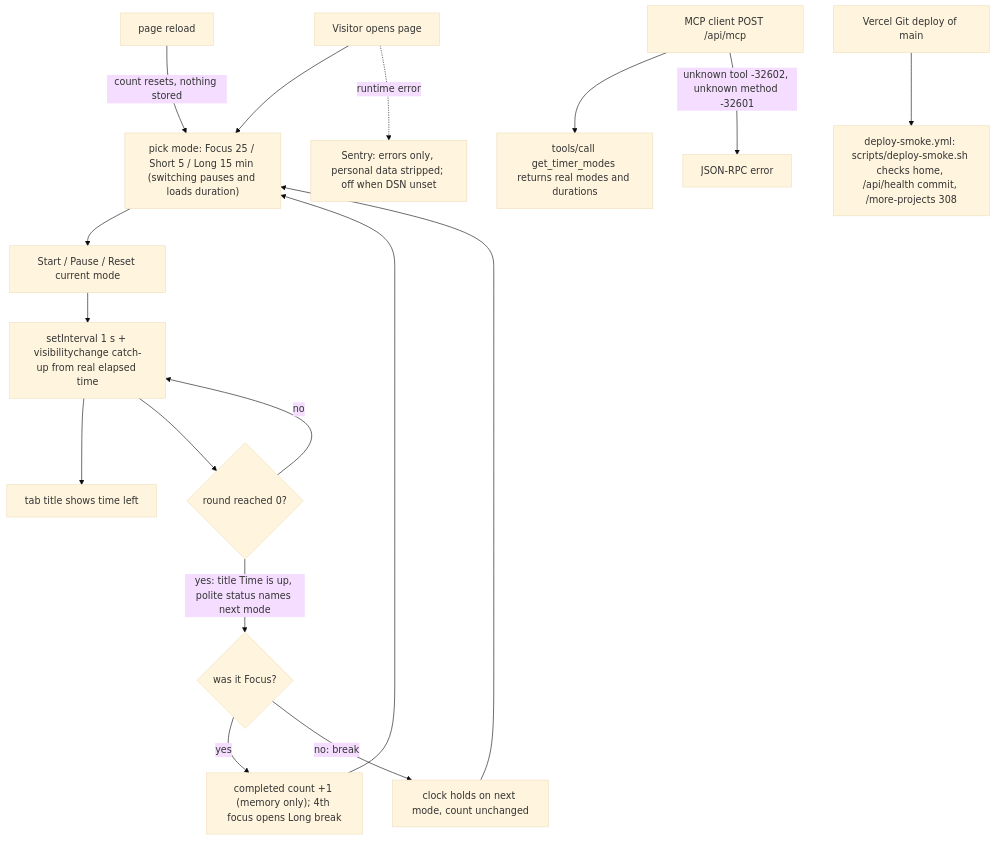
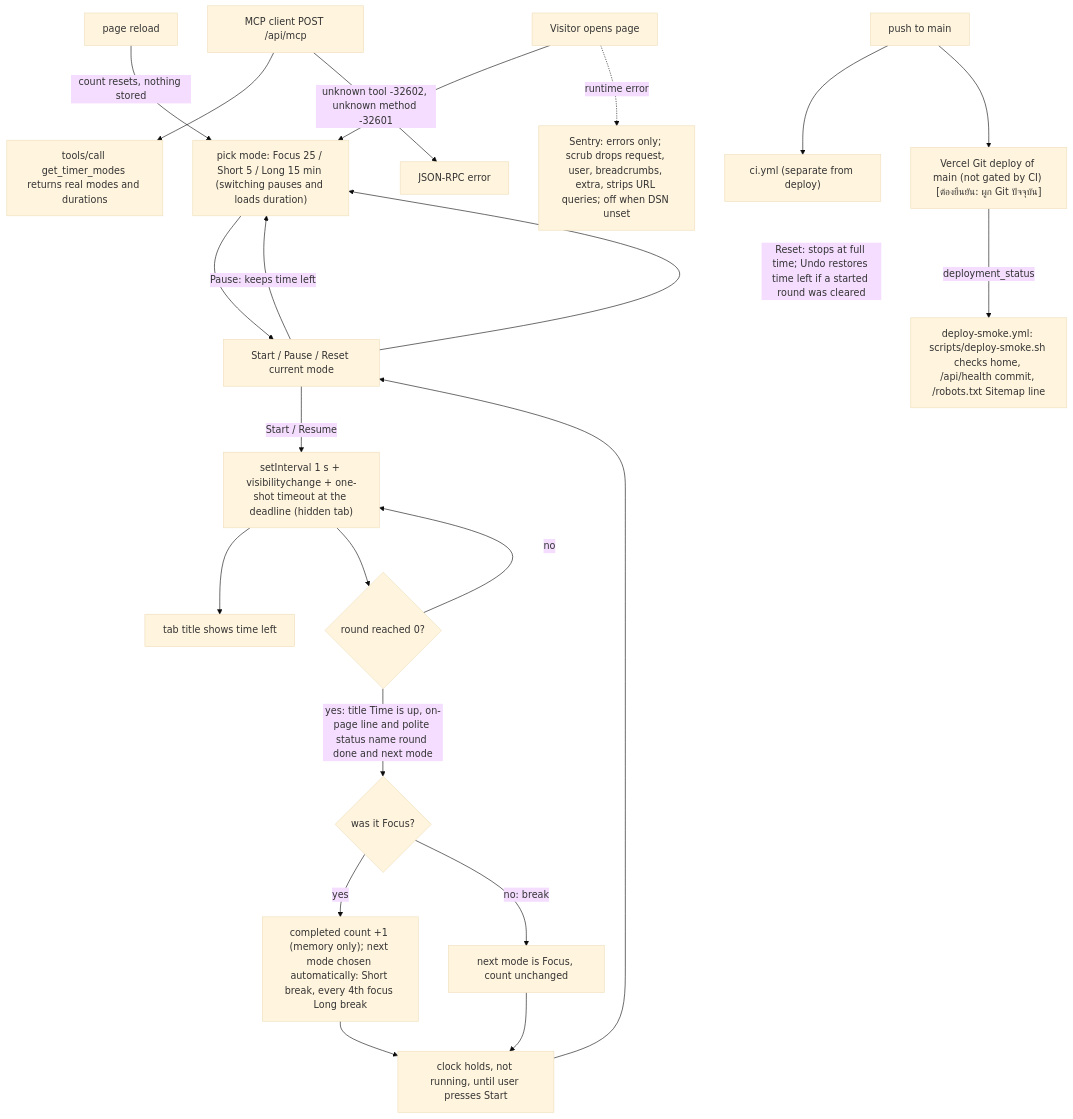
The diagram in docs/diagrams/01-business-process.md (bookchaowalit-website/productivity-pomodoro-timer-web), drawn with Mermaid (base theme) before and after one commit. The commit also changed other lines of this file, not shown here.

Commit message:
docs: correct As-Is/To-Be facts from review (01-business-process)

````diff
--- a/docs/diagrams/01-business-process.md
+++ b/docs/diagrams/01-business-process.md
@@ -9,19 +9,24 @@
 ```mermaid
 flowchart TD
   V["Visitor opens page"] --> MODE["pick mode: Focus 25 / Short 5 / Long 15 min (switching pauses and loads duration)"]
   MODE --> CTRL["Start / Pause / Reset current mode"]
-  CTRL --> TICK["setInterval 1 s + visibilitychange catch-up from real elapsed time"]
+  CTRL -->|"Start / Resume"| TICK["setInterval 1 s + visibilitychange + one-shot timeout at the deadline (hidden tab)"]
+  CTRL -->|"Pause: keeps time left"| MODE
+  CTRL -->|"Reset: stops at full time; Undo restores time left if a started round was cleared"| MODE
   TICK --> TITLE["tab title shows time left"]
   TICK --> END{"round reached 0?"}
   END -->|no| TICK
-  END -->|"yes: title Time is up, polite status names next mode"| NEXT{"was it Focus?"}
-  NEXT -->|yes| COUNT["completed count +1 (memory only); 4th focus opens Long break"]
-  NEXT -->|"no: break"| HOLD["clock holds on next mode, count unchanged"]
-  COUNT --> MODE
-  HOLD --> MODE
+  END -->|"yes: title Time is up, on-page line and polite status name round done and next mode"| NEXT{"was it Focus?"}
+  NEXT -->|yes| COUNT["completed count +1 (memory only); next mode chosen automatically: Short break, every 4th focus Long break"]
+  NEXT -->|"no: break"| HOLD["next mode is Focus, count unchanged"]
+  COUNT --> READY["clock holds, not running, until user presses Start"]
+  HOLD --> READY
+  READY --> CTRL
   RELOAD["page reload"] -->|"count resets, nothing stored"| MODE
   AGENT["MCP client POST /api/mcp"] --> TOOL["tools/call get_timer_modes returns real modes and durations"]
   AGENT -->|"unknown tool -32602, unknown method -32601"| ERR["JSON-RPC error"]
-  VERCEL["Vercel Git deploy of main"] --> SMOKE["deploy-smoke.yml: scripts/deploy-smoke.sh checks home, /api/health commit, /more-projects 308"]
-  V -.->|"runtime error"| SENTRY["Sentry: errors only, personal data stripped; off when DSN unset"]
+  PUSH["push to main"] --> CI["ci.yml (separate from deploy)"]
+  PUSH --> VERCEL["Vercel Git deploy of main (not gated by CI) [ต้องยืนยัน: ผูก Git ปัจจุบัน]"]
+  VERCEL -->|"deployment_status"| SMOKE["deploy-smoke.yml: scripts/deploy-smoke.sh checks home, /api/health commit, /robots.txt Sitemap line"]
+  V -.->|"runtime error"| SENTRY["Sentry: errors only; scrub drops request, user, breadcrumbs, extra, strips URL queries; off when DSN unset"]
 ```
````
